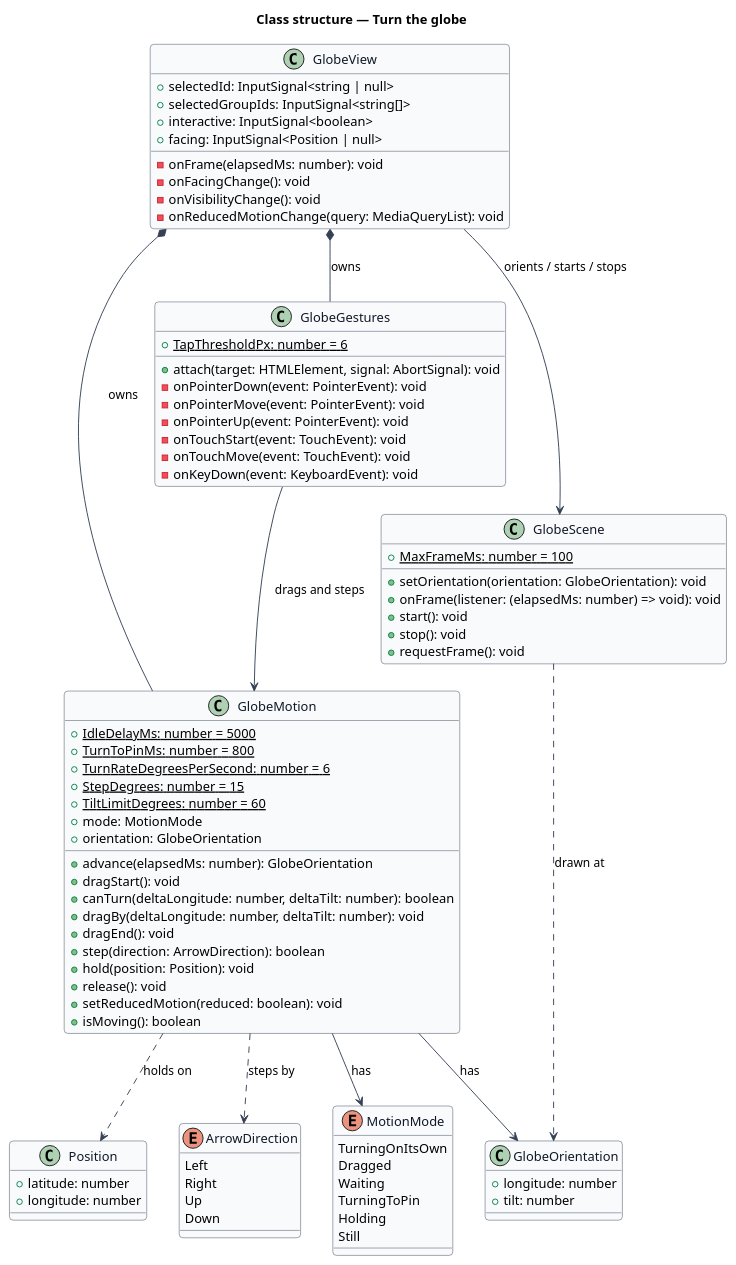
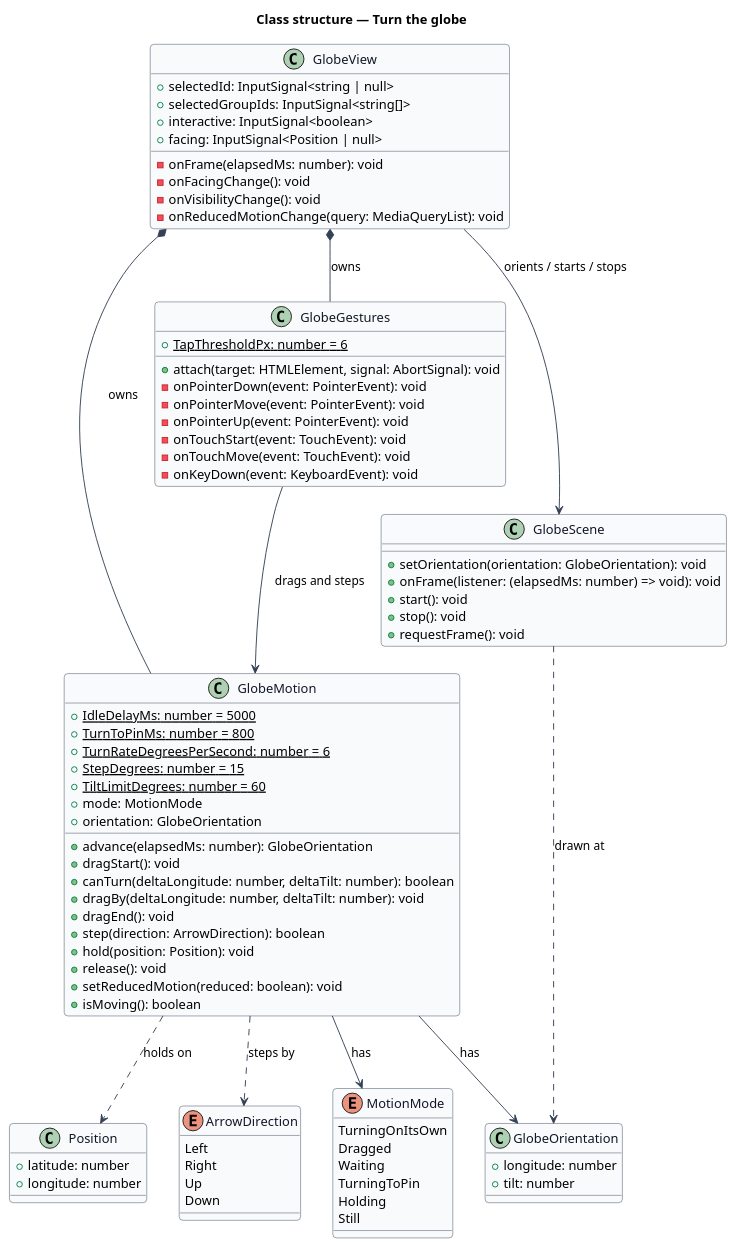
One commit to QuinntyneBrown/Mondino changed the diagram in docs/detailed-designs/globe/turn-globe/diagrams/class-structure.puml. Above: the diagram before and after it, drawn with PlantUML. The commit also changed 16 other files, not shown here.

```diff
--- a/docs/detailed-designs/globe/turn-globe/diagrams/class-structure.puml
+++ b/docs/detailed-designs/globe/turn-globe/diagrams/class-structure.puml
@@ -1,100 +1,99 @@
 @startuml
 skinparam backgroundColor #FFFFFF
 skinparam shadowing false
 skinparam roundcorner 8
 skinparam defaultFontName Arial
 skinparam ArrowColor #344054
 skinparam class {
   BorderColor #344054
   FontColor #101828
   BackgroundColor #F9FAFB
 }
 title Class structure — Turn the globe
 
 enum MotionMode {
   TurningOnItsOwn
   Dragged
   Waiting
   TurningToPin
   Holding
   Still
 }
 
 enum ArrowDirection {
   Left
   Right
   Up
   Down
 }
 
 class GlobeOrientation {
   +longitude: number
   +tilt: number
 }
 
 class GlobeMotion {
   {static} +IdleDelayMs: number = 5000
   {static} +TurnToPinMs: number = 800
   {static} +TurnRateDegreesPerSecond: number = 6
   {static} +StepDegrees: number = 15
   {static} +TiltLimitDegrees: number = 60
   +mode: MotionMode
   +orientation: GlobeOrientation
   +advance(elapsedMs: number): GlobeOrientation
   +dragStart(): void
   +canTurn(deltaLongitude: number, deltaTilt: number): boolean
   +dragBy(deltaLongitude: number, deltaTilt: number): void
   +dragEnd(): void
   +step(direction: ArrowDirection): boolean
   +hold(position: Position): void
   +release(): void
   +setReducedMotion(reduced: boolean): void
   +isMoving(): boolean
 }
 
 class GlobeGestures {
   {static} +TapThresholdPx: number = 6
   +attach(target: HTMLElement, signal: AbortSignal): void
   -onPointerDown(event: PointerEvent): void
   -onPointerMove(event: PointerEvent): void
   -onPointerUp(event: PointerEvent): void
   -onTouchStart(event: TouchEvent): void
   -onTouchMove(event: TouchEvent): void
   -onKeyDown(event: KeyboardEvent): void
 }
 
 class GlobeView {
   +selectedId: InputSignal<string | null>
   +selectedGroupIds: InputSignal<string[]>
   +interactive: InputSignal<boolean>
   +facing: InputSignal<Position | null>
   -onFrame(elapsedMs: number): void
   -onFacingChange(): void
   -onVisibilityChange(): void
   -onReducedMotionChange(query: MediaQueryList): void
 }
 
 class GlobeScene {
-  {static} +MaxFrameMs: number = 100
   +setOrientation(orientation: GlobeOrientation): void
   +onFrame(listener: (elapsedMs: number) => void): void
   +start(): void
   +stop(): void
   +requestFrame(): void
 }
 
 class Position {
   +latitude: number
   +longitude: number
 }
 
 GlobeView *-- GlobeMotion : owns
 GlobeView *-- GlobeGestures : owns
 GlobeView --> GlobeScene : orients / starts / stops
 GlobeGestures --> GlobeMotion : drags and steps
 GlobeMotion --> MotionMode : has
 GlobeMotion --> GlobeOrientation : has
 GlobeMotion ..> ArrowDirection : steps by
 GlobeMotion ..> Position : holds on
 GlobeScene ..> GlobeOrientation : drawn at
 @enduml
```
